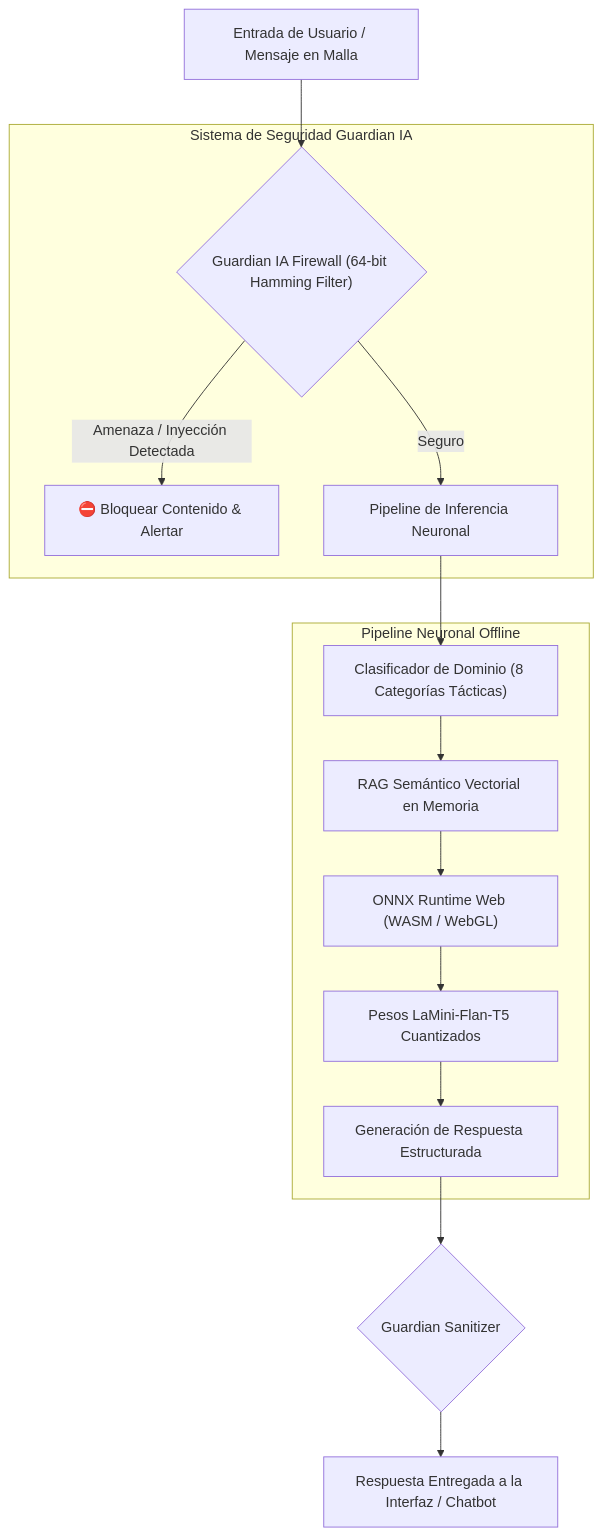
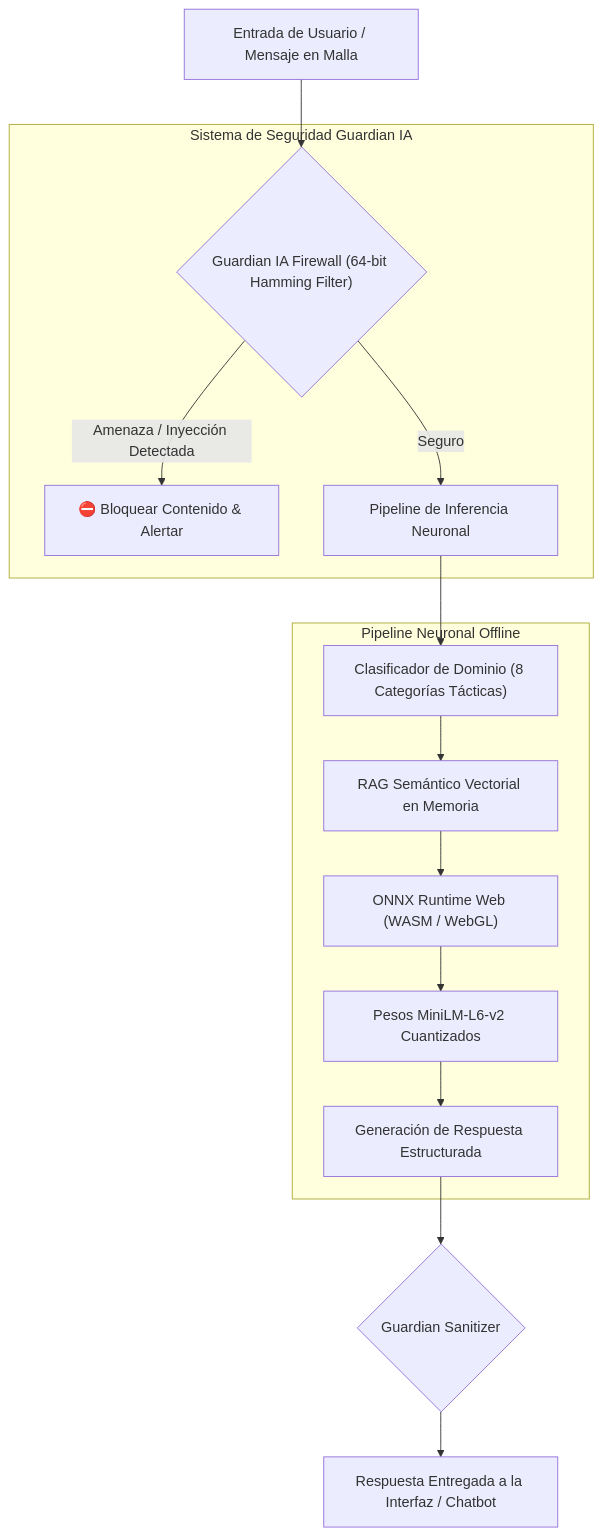
Before and after one commit to DarckRovert/RED: the fifth of 5 diagrams in ARCHITECTURE.md, drawn with Mermaid. The commit also changed other lines of this file and 18 other files, not shown here.

Commit message:
docs: fix Mermaid diagram parse errors and synchronize v64.0.0 documentation

````diff
--- a/ARCHITECTURE.md
+++ b/ARCHITECTURE.md
@@ -235,20 +235,20 @@
 ```mermaid
 flowchart TD
     USER_QUERY["Entrada de Usuario / Mensaje en Malla"] --> GUARDIAN_IN{"Guardian IA Firewall (64-bit Hamming Filter)"}
 
     subgraph GUARDIAN_ENGINE ["Sistema de Seguridad Guardian IA"]
-        GUARDIAN_IN -- Amenaza / Inyección Detectada --> BLOCK_ACT["⛔ Bloquear Contenido & Alertar"]
-        GUARDIAN_IN -- Seguro --> AI_PIPELINE["Pipeline de Inferencia Neuronal"]
+        GUARDIAN_IN -- "Amenaza / Inyección Detectada" --> BLOCK_ACT["⛔ Bloquear Contenido & Alertar"]
+        GUARDIAN_IN -- "Seguro" --> AI_PIPELINE["Pipeline de Inferencia Neuronal"]
     end
 
     subgraph AI_PIPELINE_ENGINE ["Pipeline Neuronal Offline"]
         AI_PIPELINE --> CLASSIFIER["Clasificador de Dominio (8 Categorías Tácticas)"]
         CLASSIFIER --> RAG["RAG Semántico Vectorial en Memoria"]
         RAG --> ONNX_RUNTIME["ONNX Runtime Web (WASM / WebGL)"]
-        ONNX_RUNTIME --> MODEL_WEIGHTS["Pesos LaMini-Flan-T5 Cuantizados"]
+        ONNX_RUNTIME --> MODEL_WEIGHTS["Pesos MiniLM-L6-v2 Cuantizados"]
         MODEL_WEIGHTS --> GEN_RESP["Generación de Respuesta Estructurada"]
     end
 
     GEN_RESP --> GUARDIAN_OUT{"Guardian Sanitizer"}
     GUARDIAN_OUT --> DELIVER_RESP["Respuesta Entregada a la Interfaz / Chatbot"]
 ```
````
